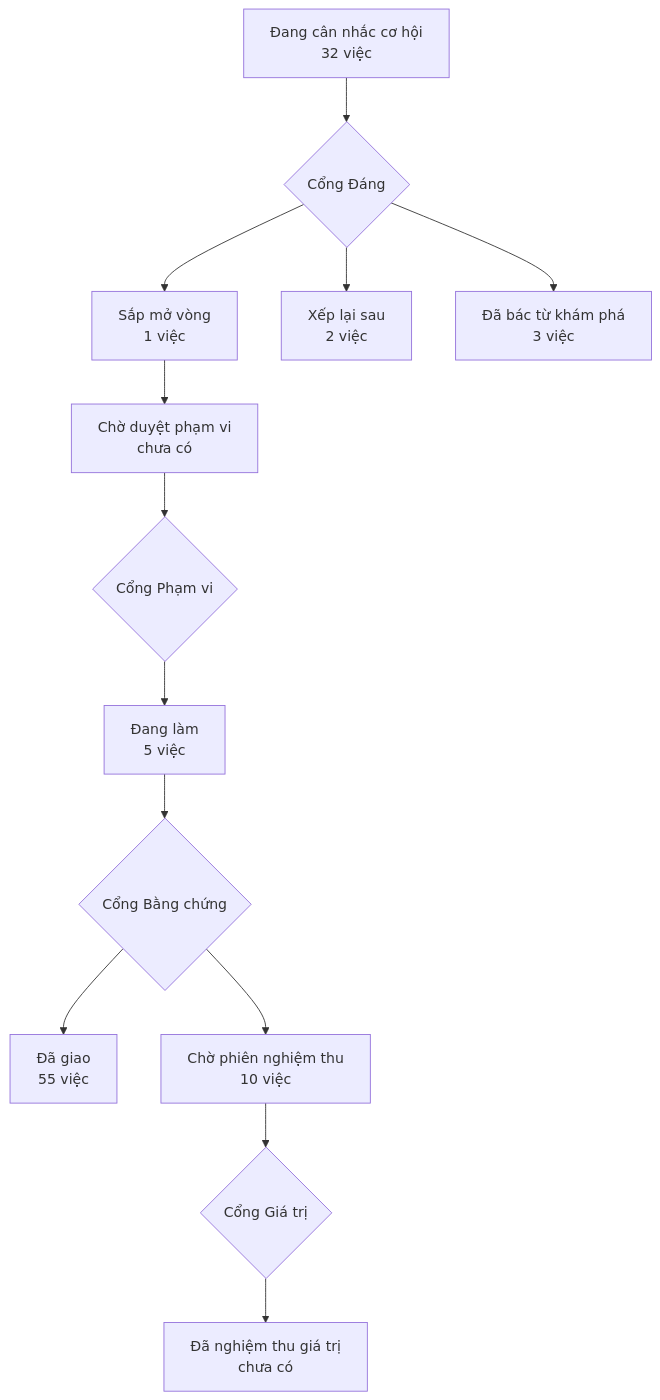
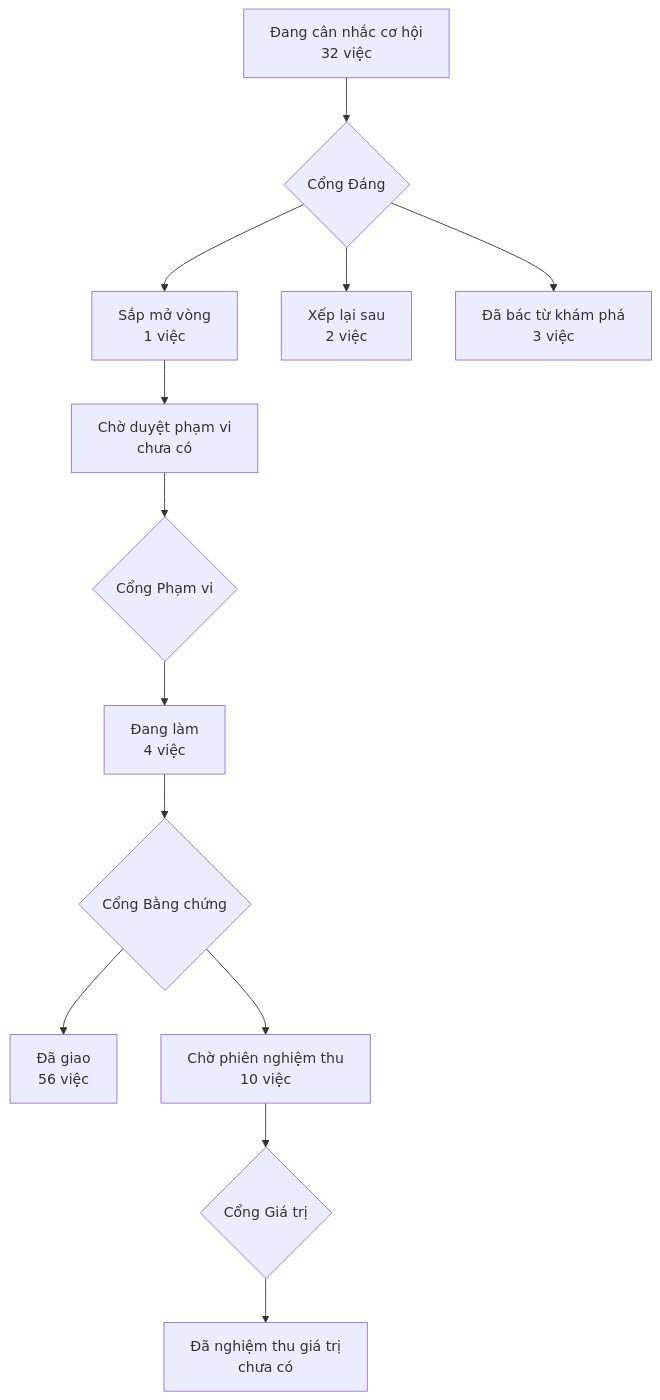
One commit to phanlemanh/acceptance-gate-kit changed the diagram in PRODUCT-MAP.md. Above: the diagram before and after it, drawn with Mermaid. The commit also changed 5 other files, not shown here.

````diff
--- a/PRODUCT-MAP.md
+++ b/PRODUCT-MAP.md
@@ -6,12 +6,12 @@
 ```mermaid
 flowchart TD
   A["Đang cân nhắc cơ hội<br/>32 việc"] --> GD{"Cổng Đáng"}
   GD --> B["Sắp mở vòng<br/>1 việc"]
   GD --> XL["Xếp lại sau<br/>2 việc"]
   GD --> DB["Đã bác từ khám phá<br/>3 việc"]
   B --> CD["Chờ duyệt phạm vi<br/>chưa có"] --> GP{"Cổng Phạm vi"}
-  GP --> DL["Đang làm<br/>5 việc"] --> GB{"Cổng Bằng chứng"}
-  GB --> DG["Đã giao<br/>55 việc"]
+  GP --> DL["Đang làm<br/>4 việc"] --> GB{"Cổng Bằng chứng"}
+  GB --> DG["Đã giao<br/>56 việc"]
   GB --> CN["Chờ phiên nghiệm thu<br/>10 việc"] --> GG{"Cổng Giá trị"}
   GG --> NT["Đã nghiệm thu giá trị<br/>chưa có"]
 ```
````
